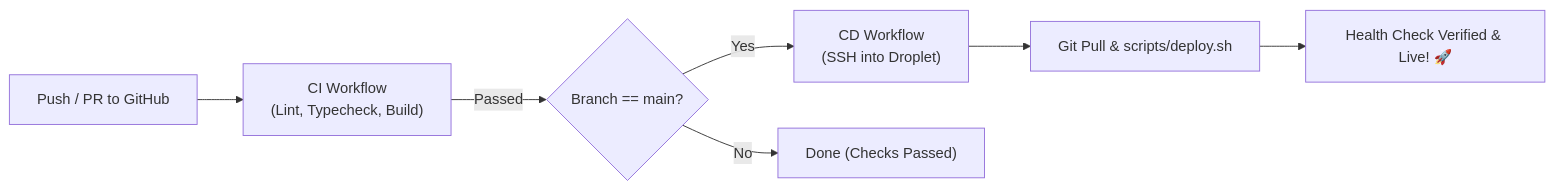
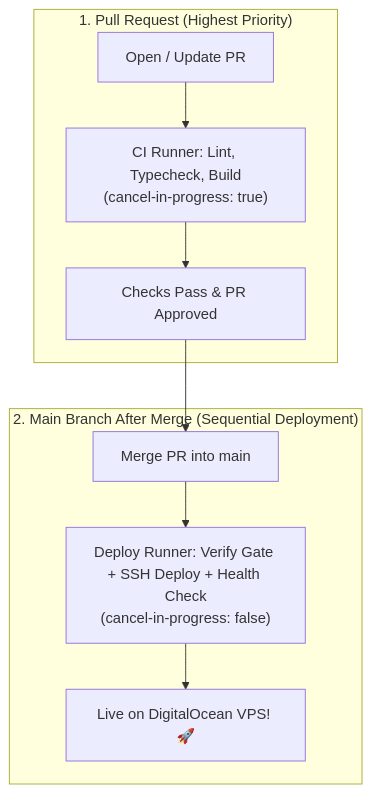
The diagram in .github/SECRETS_SETUP.md (Kritam123/NirmaanifyAI), drawn with Mermaid before and after one commit. The commit also changed other lines of this file and 2 other files, not shown here.

Commit message:
feat: update CI/CD workflows for improved concurrency and clarity in deployment processes

````diff
--- a/.github/SECRETS_SETUP.md
+++ b/.github/SECRETS_SETUP.md
@@ -53,9 +55,13 @@
 ```mermaid
-flowchart LR
-    A["Push / PR to GitHub"] --> B["CI Workflow\n(Lint, Typecheck, Build)"]
-    B -->|Passed| C{"Branch == main?"}
-    C -->|Yes| D["CD Workflow\n(SSH into Droplet)"]
-    C -->|No| E["Done (Checks Passed)"]
-    D --> F["Git Pull & scripts/deploy.sh"]
-    F --> G["Health Check Verified & Live! 🚀"]
+flowchart TD
+    subgraph PR_Phase["1. Pull Request (Highest Priority)"]
+        PR["Open / Update PR"] --> CI["CI Runner: Lint, Typecheck, Build\n(cancel-in-progress: true)"]
+        CI --> Passed["Checks Pass & PR Approved"]
+    end
+
+    subgraph Merge_Phase["2. Main Branch After Merge (Sequential Deployment)"]
+        Passed --> Merge["Merge PR into main"]
+        Merge --> CD["Deploy Runner: Verify Gate + SSH Deploy + Health Check\n(cancel-in-progress: false)"]
+        CD --> Live["Live on DigitalOcean VPS! 🚀"]
+    end
 ```
````
